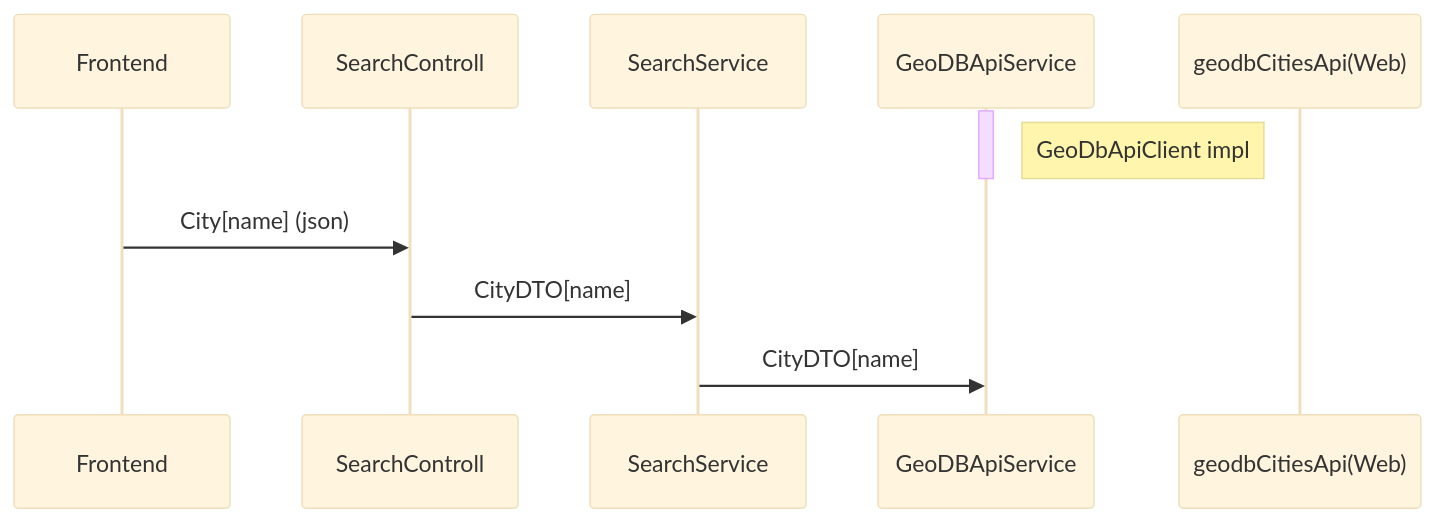
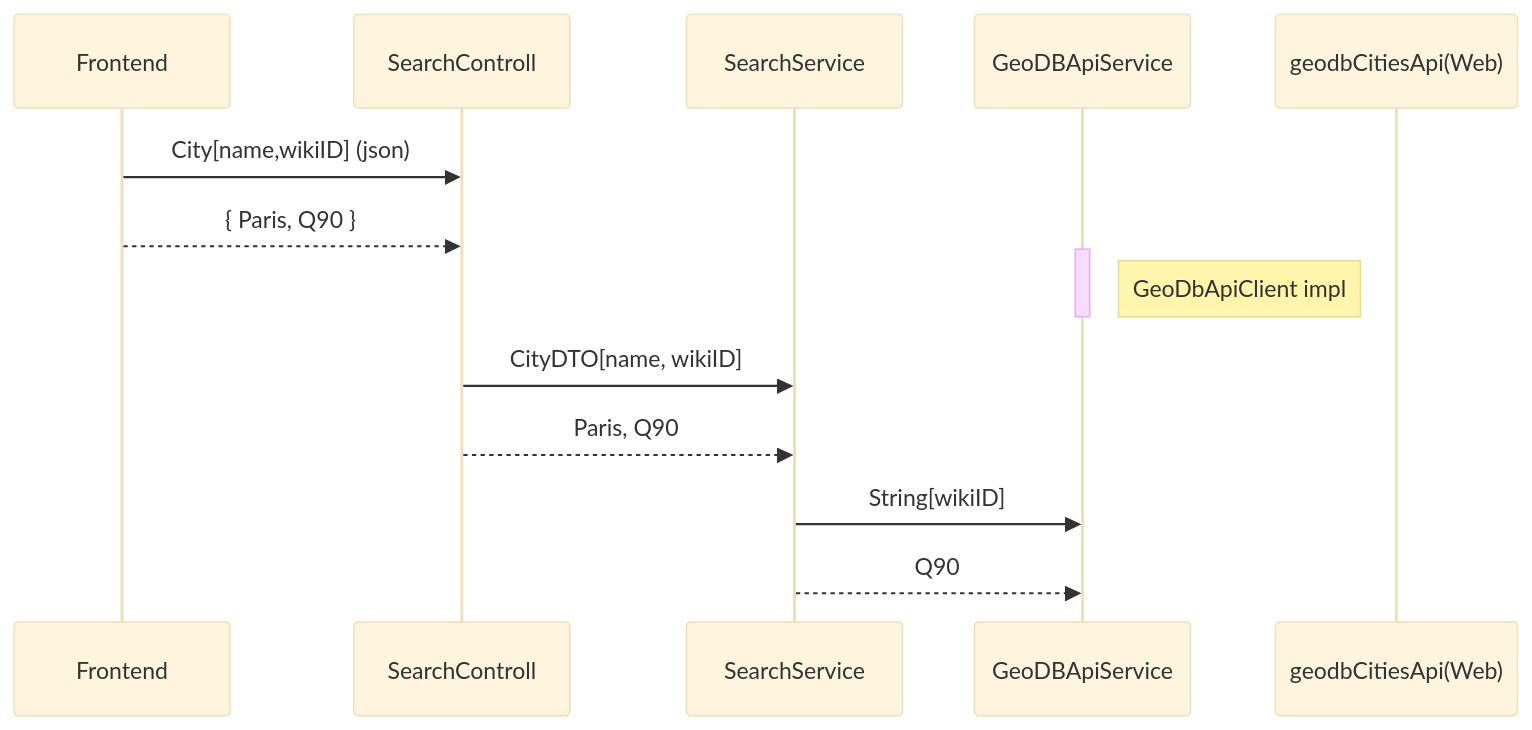
The diagram in README.md (ocelot8421/Airport), drawn with Mermaid (base theme) before and after one commit. The commit also changed 9 other files, not shown here.

````diff
--- a/README.md
+++ b/README.md
@@ -16,20 +16,24 @@
 ```mermaid
 sequenceDiagram
     participant Frontend
     participant SearchControll
     participant SearchService
     participant GeoDBApiService
     participant geodbCitiesApi(Web)
     
+    Frontend->>SearchControll: City[name,wikiID] (json)
+    Frontend-->>SearchControll: { Paris, Q90 }
+    
     activate GeoDBApiService
     Note right of GeoDBApiService: GeoDbApiClient impl
     deactivate GeoDBApiService
     
-    Frontend->>SearchControll: City[name] (json)
-    SearchControll->>SearchService: CityDTO[name]
-    SearchService->>GeoDBApiService: CityDTO[name]
+    SearchControll->>SearchService: CityDTO[name, wikiID]
+    SearchControll-->>SearchService: Paris, Q90
+    SearchService->>GeoDBApiService: String[wikiID]
+    SearchService-->>GeoDBApiService: Q90
     
 
 
 
 ```
````
